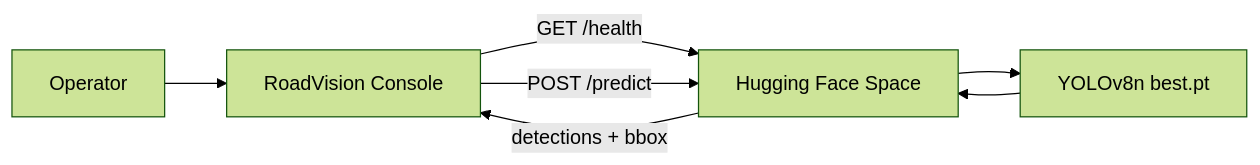
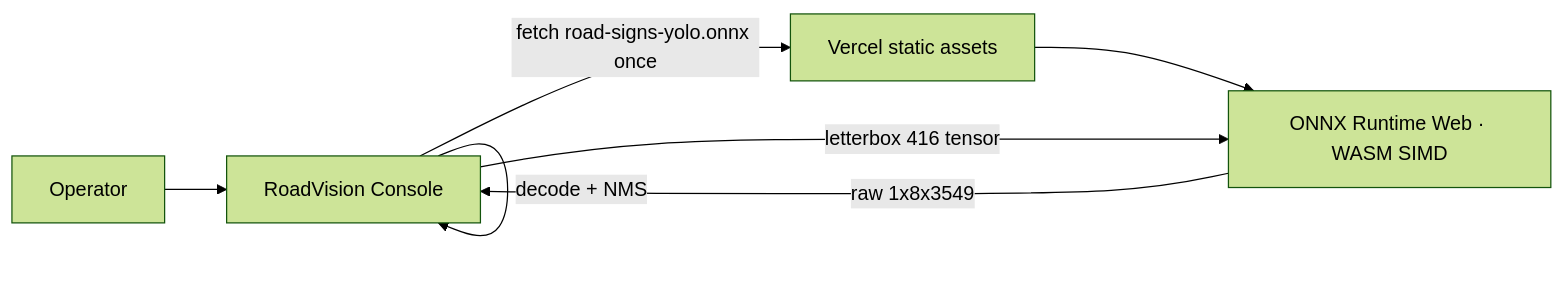
The diagram in README.md (sidnei-almeida/roadvision-yolo-detection-console), drawn with Mermaid (forest theme) before and after one commit. The commit also changed other lines of this file and 23 other files, not shown here.

````diff
--- a/README.md
+++ b/README.md
@@ -53,14 +53,14 @@
 ```mermaid
 flowchart LR
   USER[Operator]
   UI[RoadVision Console]
-  HF[Hugging Face Space]
-  YOLO[YOLOv8n best.pt]
+  VERCEL[Vercel static assets]
+  ORT[ONNX Runtime Web · WASM SIMD]
 
   USER --> UI
-  UI -->|GET /health| HF
-  UI -->|POST /predict| HF
-  HF --> YOLO
-  YOLO --> HF
-  HF -->|detections + bbox| UI
+  UI -->|fetch road-signs-yolo.onnx once| VERCEL
+  VERCEL --> ORT
+  UI -->|letterbox 416 tensor| ORT
+  ORT -->|raw 1x8x3549| UI
+  UI -->|decode + NMS| UI
 ```
````
